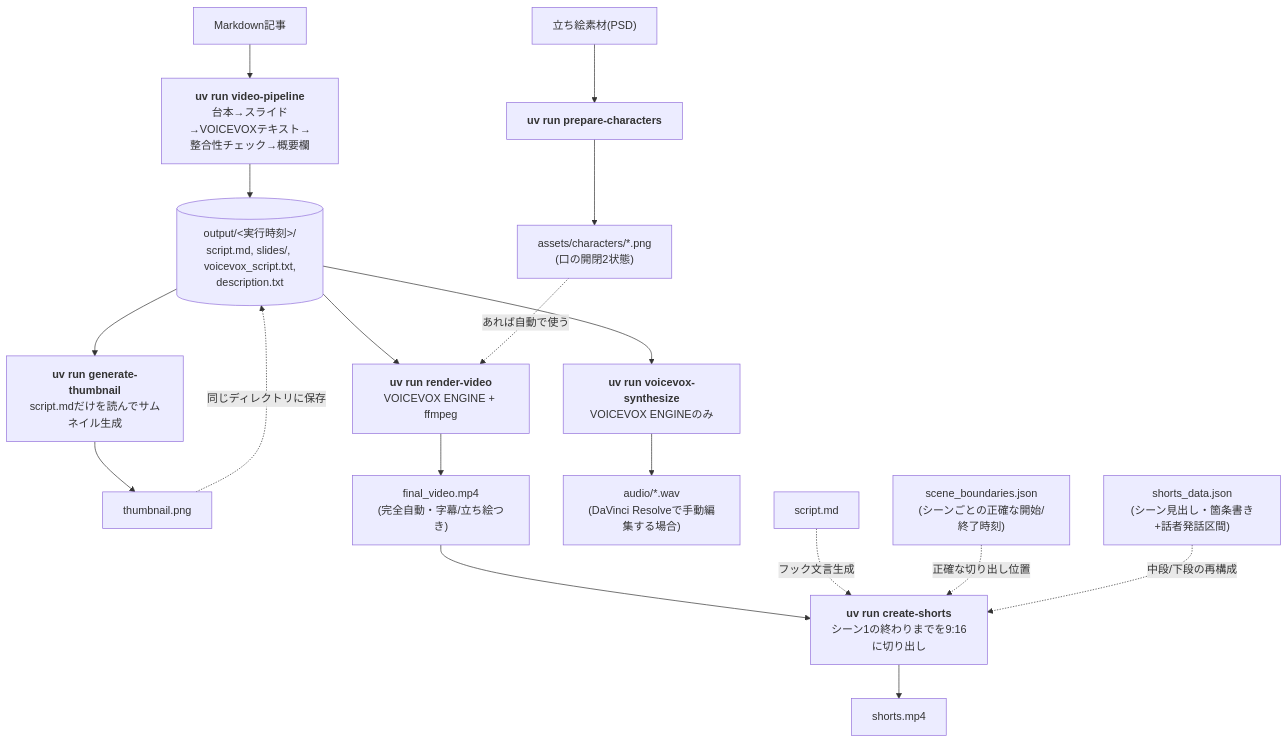
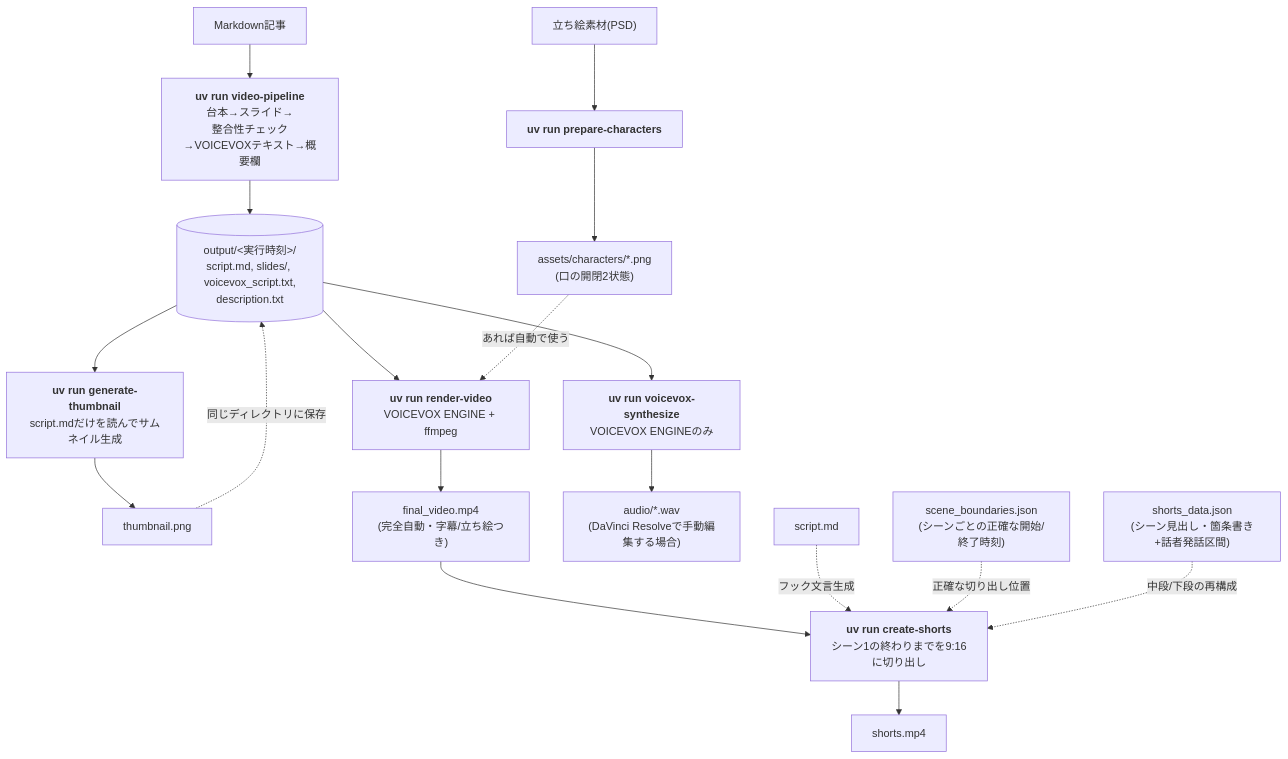
One commit to Ken-kichi/video-pipeline changed the first of 3 diagrams in README.md. Above: the diagram before and after it, drawn with Mermaid. The commit also changed other lines of this file and 11 other files, not shown here.

First line of the commit message:
Refactor video pipeline agents and remove voicevox_agent

````diff
--- a/README.md
+++ b/README.md
@@ -52,25 +52,25 @@
 ```mermaid
 flowchart TD
-    Article["Markdown記事"] --> VP["<b>uv run video-pipeline</b><br/>台本→スライド→VOICEVOXテキスト→<br/>整合性チェック→概要欄"]
+    Article["Markdown記事"] --> VP["<b>uv run video-pipeline</b><br/>台本→スライド→<br/>整合性チェック→VOICEVOXテキスト→概要欄"]
     VP --> Out[("output/&lt;実行時刻&gt;/<br/>script.md, slides/, voicevox_script.txt,<br/>description.txt")]
 
     Out --> GT["<b>uv run generate-thumbnail</b><br/>script.mdだけを読んでサムネイル生成"]
     GT --> Thumb["thumbnail.png"]
     Thumb -.同じディレクトリに保存.-> Out
 
     PSD["立ち絵素材(PSD)"] --> PC["<b>uv run prepare-characters</b>"]
     PC --> Assets["assets/characters/*.png<br/>(口の開閉2状態)"]
 
     Out --> RV["<b>uv run render-video</b><br/>VOICEVOX ENGINE + ffmpeg"]
     Assets -.あれば自動で使う.-> RV
     RV --> Final["final_video.mp4<br/>(完全自動・字幕/立ち絵つき)"]
 
     Out --> VS["<b>uv run voicevox-synthesize</b><br/>VOICEVOX ENGINEのみ"]
     VS --> Wav["audio/*.wav<br/>(DaVinci Resolveで手動編集する場合)"]
 
     Final --> CS["<b>uv run create-shorts</b><br/>シーン1の終わりまでを9:16に切り出し"]
     Script["script.md"] -.フック文言生成.-> CS
     Bounds["scene_boundaries.json<br/>(シーンごとの正確な開始/終了時刻)"] -.正確な切り出し位置.-> CS
     ShortsData["shorts_data.json<br/>(シーン見出し・箇条書き+話者発話区間)"] -.中段/下段の再構成.-> CS
     CS --> Shorts["shorts.mp4"]
 ```
````
